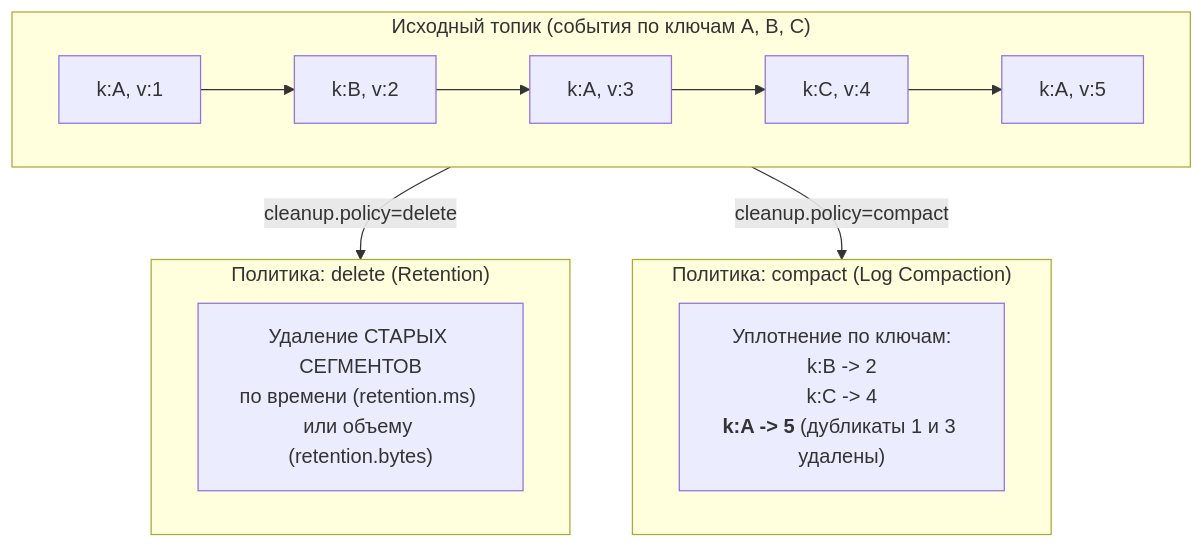
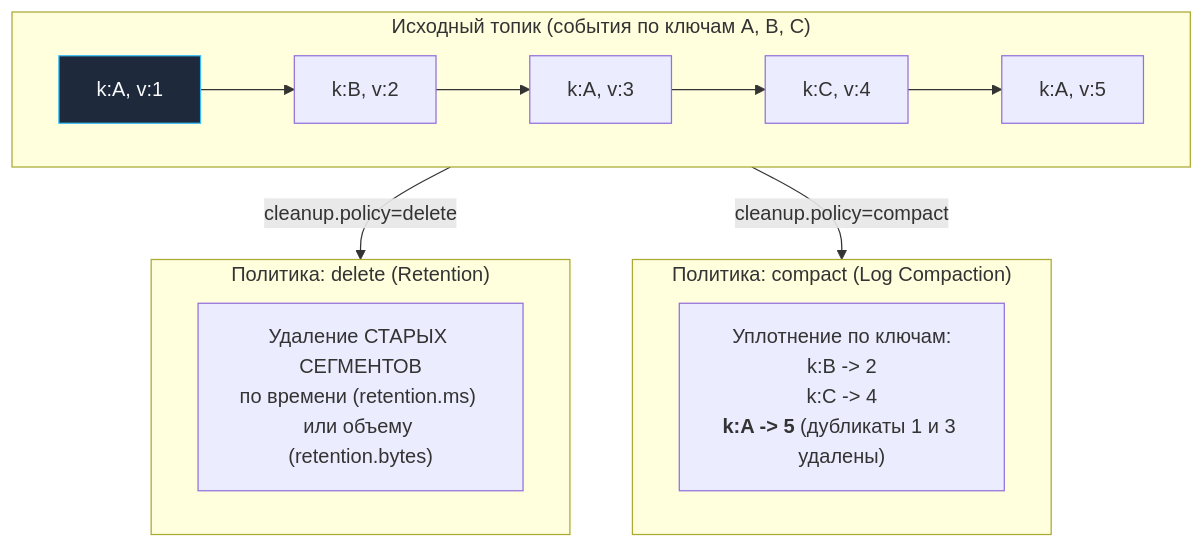
One commit to UnrealTemplier/go-textbook changed the first of 5 diagrams in sources/13. Очереди, брокеры сообщений и оркестраторы/03. Kafka/8. Retention и compaction.md. Above: the diagram before and after it, drawn with Mermaid. The commit also changed other lines of this file and 1666 other files, not shown here.

First line of the commit message:
feat(mermaid): add semantic color classDef to 1369 colorless flowchart/graph diagrams

````diff
--- a/sources/13. Очереди, брокеры сообщений и оркестраторы/03. Kafka/8. Retention и compaction.md
+++ b/sources/13. Очереди, брокеры сообщений и оркестраторы/03. Kafka/8. Retention и compaction.md
@@ -22,18 +22,28 @@
 ```mermaid
 flowchart TD
+    classDef process  fill:#1e293b,stroke:#38bdf8,stroke-width:1px,color:#f8fafc
+    classDef success  fill:#064e3b,stroke:#34d399,stroke-width:1px,color:#f8fafc
+    classDef error    fill:#7f1d1d,stroke:#f87171,stroke-width:1px,color:#f8fafc
+    classDef warning  fill:#78350f,stroke:#fbbf24,stroke-width:1px,color:#f8fafc
+    classDef entry    fill:#1e3a5f,stroke:#38bdf8,stroke-width:2px,color:#f8fafc
+    classDef aux      fill:#334155,stroke:#64748b,stroke-width:1px,color:#f8fafc
+    classDef system   fill:#312e81,stroke:#a78bfa,stroke-width:1px,color:#f8fafc
+    classDef data     fill:#132d29,stroke:#2dd4bf,stroke-width:1px,color:#f8fafc
+    classDef network  fill:#881337,stroke:#fb7185,stroke-width:1px,color:#f8fafc
+    classDef accent   fill:#1e1b4b,stroke:#818cf8,stroke-width:1px,color:#f8fafc
     subgraph RawLog["Исходный топик (события по ключам A, B, C)"]
         direction LR
-        M1["k:A, v:1"] --> M2["k:B, v:2"] --> M3["k:A, v:3"] --> M4["k:C, v:4"] --> M5["k:A, v:5"]
+        M1["k:A, v:1"]:::process --> M2["k:B, v:2"] --> M3["k:A, v:3"] --> M4["k:C, v:4"] --> M5["k:A, v:5"]
     end
 
     subgraph DeletePolicy["Политика: delete (Retention)"]
         D1["Удаление СТАРЫХ СЕГМЕНТОВ<br>по времени (retention.ms) или объему (retention.bytes)"]
     end
 
     subgraph CompactPolicy["Политика: compact (Log Compaction)"]
         C1["Уплотнение по ключам:<br>k:B -> 2<br>k:C -> 4<br><b>k:A -> 5</b> (дубликаты 1 и 3 удалены)"]
     end
 
     RawLog -->|"cleanup.policy=delete"| DeletePolicy
     RawLog -->|"cleanup.policy=compact"| CompactPolicy
 ```
````
